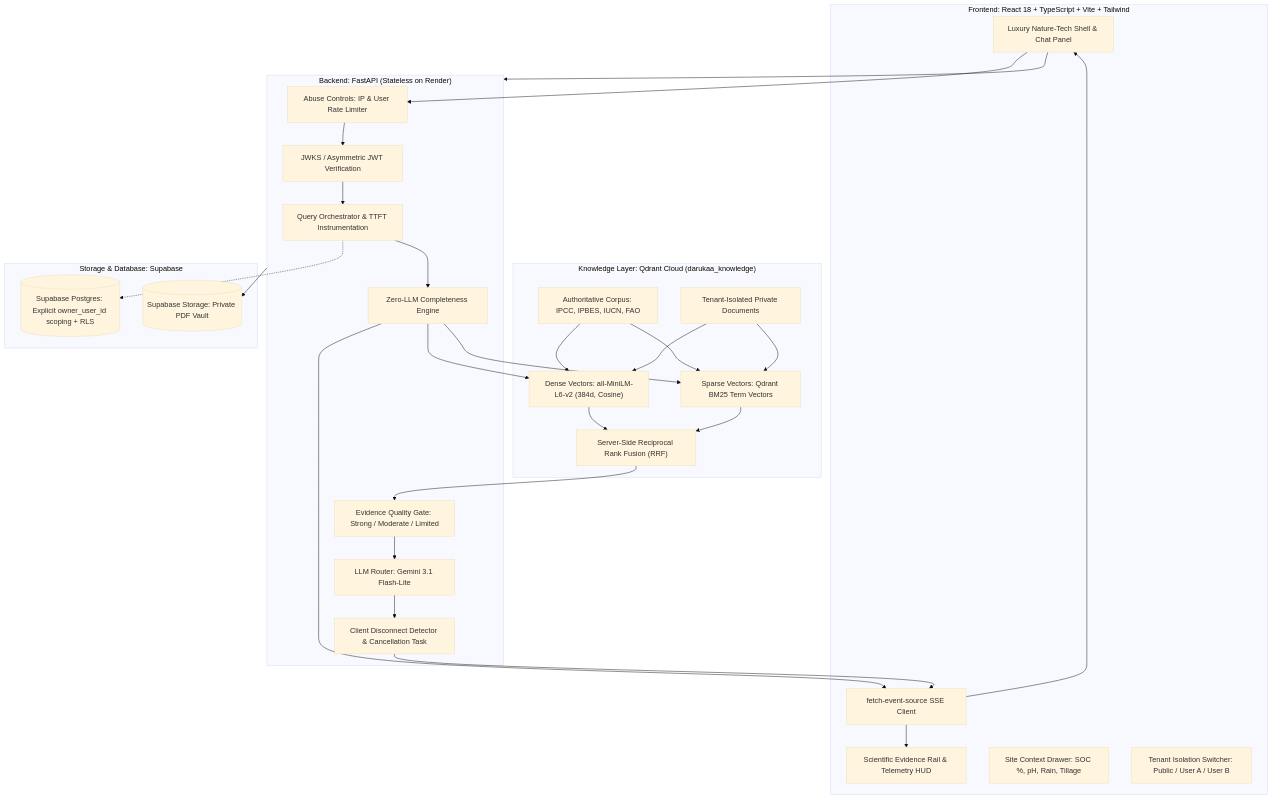
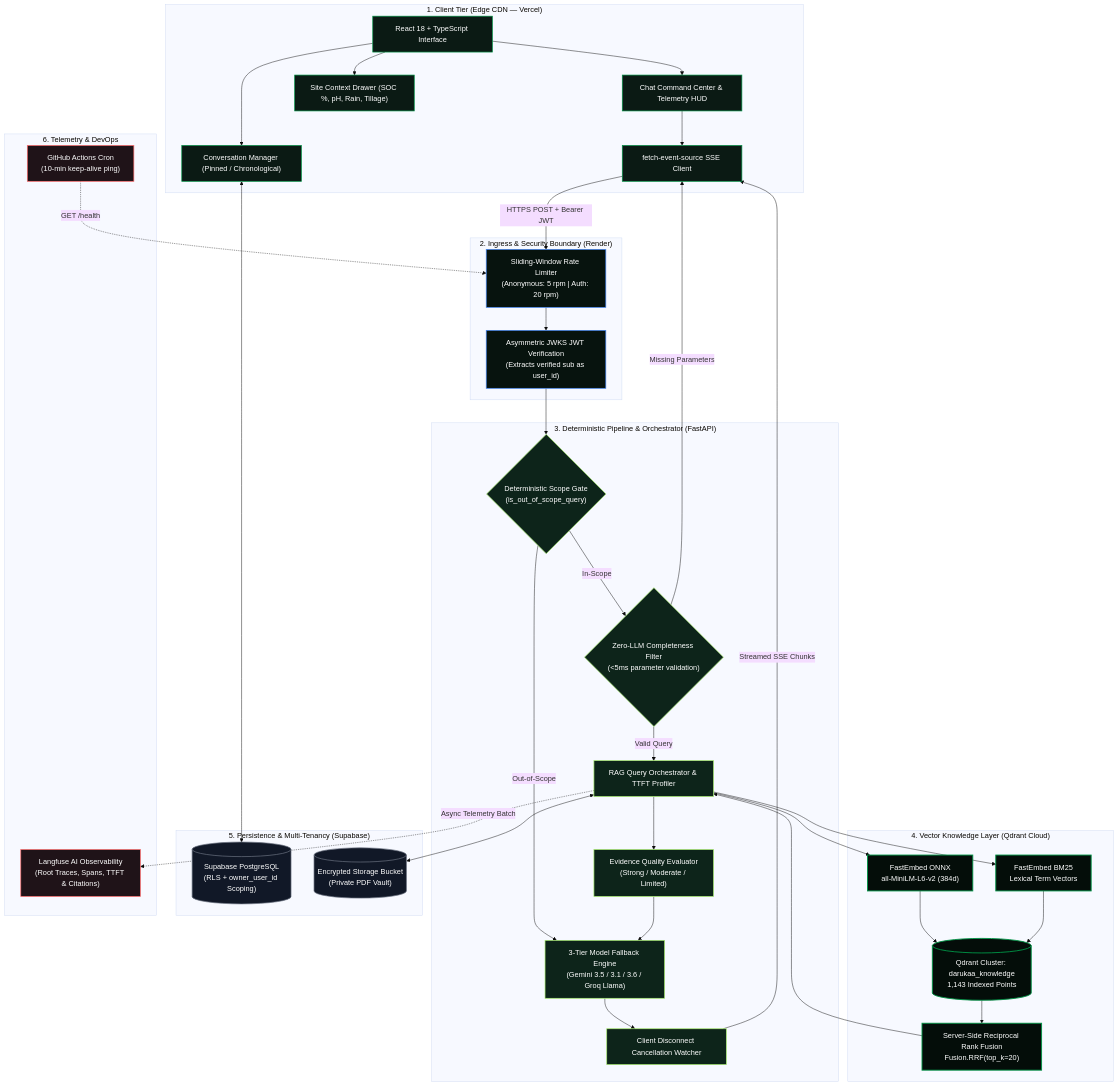
The first of 4 diagrams in README.md (RatishPatil37/Prakriti-AI), drawn with Mermaid (base theme) before and after one commit. The commit also changed other lines of this file and 1 other file, not shown here.

````diff
--- a/README.md
+++ b/README.md
@@ -28,56 +68,78 @@
 ```mermaid
-flowchart TD
-    subgraph Client["Frontend: React 18 + TypeScript + Vite + Tailwind"]
-        UI["Luxury Nature-Tech Shell & Chat Panel"]
-        EvidenceUI["Scientific Evidence Rail & Telemetry HUD"]
-        ContextUI["Site Context Drawer: SOC %, pH, Rain, Tillage"]
-        AuthUI["Tenant Isolation Switcher: Public / User A / User B"]
-        SSEConsumer["fetch-event-source SSE Client"]
+flowchart TB
+    subgraph ClientTier ["1. Client Tier (Edge CDN — Vercel)"]
+        UI["React 18 + TypeScript Interface"]
+        Chat["Chat Command Center & Telemetry HUD"]
+        History["Conversation Manager (Pinned / Chronological)"]
+        ContextModal["Site Context Drawer (SOC %, pH, Rain, Tillage)"]
+        SSEClient["fetch-event-source SSE Client"]
+        UI --> Chat & History & ContextModal
+        Chat --> SSEClient
     end
 
-    subgraph Backend["Backend: FastAPI (Stateless on Render)"]
-        RateLimit["Abuse Controls: IP & User Rate Limiter"]
-        AuthMiddleware["JWKS / Asymmetric JWT Verification"]
-        Completeness["Zero-LLM Completeness Engine"]
-        Orchestrator["Query Orchestrator & TTFT Instrumentation"]
-        EvidenceGate["Evidence Quality Gate: Strong / Moderate / Limited"]
-        LLMRouter["LLM Router: Gemini 3.1 Flash-Lite"]
-        DisconnectHandler["Client Disconnect Detector & Cancellation Task"]
+    subgraph GatewayTier ["2. Ingress & Security Boundary (Render)"]
+        RateLimiter["Sliding-Window Rate Limiter<br/>(Anonymous: 5 rpm | Auth: 20 rpm)"]
+        AuthFilter["Asymmetric JWKS JWT Verification<br/>(Extracts verified sub as user_id)"]
+        SSEClient -->|HTTPS POST + Bearer JWT| RateLimiter
+        RateLimiter --> AuthFilter
     end
 
-    subgraph Knowledge["Knowledge Layer: Qdrant Cloud (darukaa_knowledge)"]
-        DenseIndex["Dense Vectors: all-MiniLM-L6-v2 (384d, Cosine)"]
-        SparseIndex["Sparse Vectors: Qdrant BM25 Term Vectors"]
-        RRF["Server-Side Reciprocal Rank Fusion (RRF)"]
-        PublicKB["Authoritative Corpus: IPCC, IPBES, IUCN, FAO"]
-        PrivateDocs["Tenant-Isolated Private Documents"]
+    subgraph IntelligenceTier ["3. Deterministic Pipeline & Orchestrator (FastAPI)"]
+        ScopeGate{"Deterministic Scope Gate<br/>(is_out_of_scope_query)"}
+        CompletenessGate{"Zero-LLM Completeness Filter<br/>(<5ms parameter validation)"}
+        RAGOrchestrator["RAG Query Orchestrator & TTFT Profiler"]
+        QualityGate["Evidence Quality Evaluator<br/>(Strong / Moderate / Limited)"]
+        LLMChain["3-Tier Model Fallback Engine<br/>(Gemini 3.5 / 3.1 / 3.6 / Groq Llama)"]
+        DisconnectHook["Client Disconnect Cancellation Watcher"]
+
+        AuthFilter --> ScopeGate
+        ScopeGate -- "Out-of-Scope" --> LLMChain
+        ScopeGate -- "In-Scope" --> CompletenessGate
+        CompletenessGate -- "Missing Parameters" --> SSEClient
+        CompletenessGate -- "Valid Query" --> RAGOrchestrator
+        RAGOrchestrator --> QualityGate
+        QualityGate --> LLMChain
+        LLMChain --> DisconnectHook
+        DisconnectHook -->|Streamed SSE Chunks| SSEClient
     end
 
-    subgraph Persistence["Storage & Database: Supabase"]
-        SupabaseDB[("Supabase Postgres: Explicit owner_user_id scoping + RLS")]
-        SupabaseStorage[("Supabase Storage: Private PDF Vault")]
+    subgraph KnowledgeTier ["4. Vector Knowledge Layer (Qdrant Cloud)"]
+        DenseModel["FastEmbed ONNX<br/>all-MiniLM-L6-v2 (384d)"]
+        SparseModel["FastEmbed BM25<br/>Lexical Term Vectors"]
+        QdrantEngine[("Qdrant Cluster: darukaa_knowledge<br/>1,143 Indexed Points")]
+        RRFCore["Server-Side Reciprocal Rank Fusion<br/>Fusion.RRF(top_k=20)"]
+
+        RAGOrchestrator --> DenseModel & SparseModel
+        DenseModel & SparseModel --> QdrantEngine
+        QdrantEngine --> RRFCore
+        RRFCore --> RAGOrchestrator
     end
 
-    UI --> RateLimit
-    RateLimit --> AuthMiddleware
-    AuthMiddleware --> Orchestrator
-    Orchestrator --> Completeness
-    Completeness --> SSEConsumer
-    Completeness --> DenseIndex
-    Completeness --> SparseIndex
-    PublicKB --> DenseIndex
-    PublicKB --> SparseIndex
-    PrivateDocs --> DenseIndex
-    PrivateDocs --> SparseIndex
-    DenseIndex --> RRF
-    SparseIndex --> RRF
-    RRF --> EvidenceGate
-    EvidenceGate --> LLMRouter
-    LLMRouter --> DisconnectHandler
-    DisconnectHandler --> SSEConsumer
-    SSEConsumer --> UI
-    SSEConsumer --> EvidenceUI
-    Orchestrator -.-> SupabaseDB
-    UI --> Backend
-    Backend --> SupabaseStorage
+    subgraph PersistenceTier ["5. Persistence & Multi-Tenancy (Supabase)"]
+        PostgresDB[("Supabase PostgreSQL<br/>(RLS + owner_user_id Scoping)")]
+        FileVault[("Encrypted Storage Bucket<br/>(Private PDF Vault)")]
+        History <--> PostgresDB
+        RAGOrchestrator <--> FileVault
+    end
+
+    subgraph ObservabilityTier ["6. Telemetry & DevOps"]
+        LangfuseSuite["Langfuse AI Observability<br/>(Root Traces, Spans, TTFT & Citations)"]
+        KeepAlive["GitHub Actions Cron<br/>(10-min keep-alive ping)"]
+        RAGOrchestrator -.->|Async Telemetry Batch| LangfuseSuite
+        KeepAlive -.->|GET /health| RateLimiter
+    end
+
+    classDef client fill:#0B1A14,stroke:#009245,stroke-width:1.5px,color:#fff;
+    classDef gateway fill:#07130E,stroke:#4285F4,stroke-width:1.5px,color:#fff;
+    classDef logic fill:#0D241A,stroke:#A9EE70,stroke-width:1.5px,color:#fff;
+    classDef vector fill:#040D09,stroke:#009245,stroke-width:2px,color:#fff;
+    classDef db fill:#111827,stroke:#6B7280,stroke-width:1.5px,color:#fff;
+    classDef telemetry fill:#1F1318,stroke:#FF6B6B,stroke-width:1.5px,color:#fff;
+
+    class UI,Chat,History,ContextModal,SSEClient client;
+    class RateLimiter,AuthFilter gateway;
+    class ScopeGate,CompletenessGate,RAGOrchestrator,QualityGate,LLMChain,DisconnectHook logic;
+    class DenseModel,SparseModel,QdrantEngine,RRFCore vector;
+    class PostgresDB,FileVault db;
+    class LangfuseSuite,KeepAlive telemetry;
 ```
````
